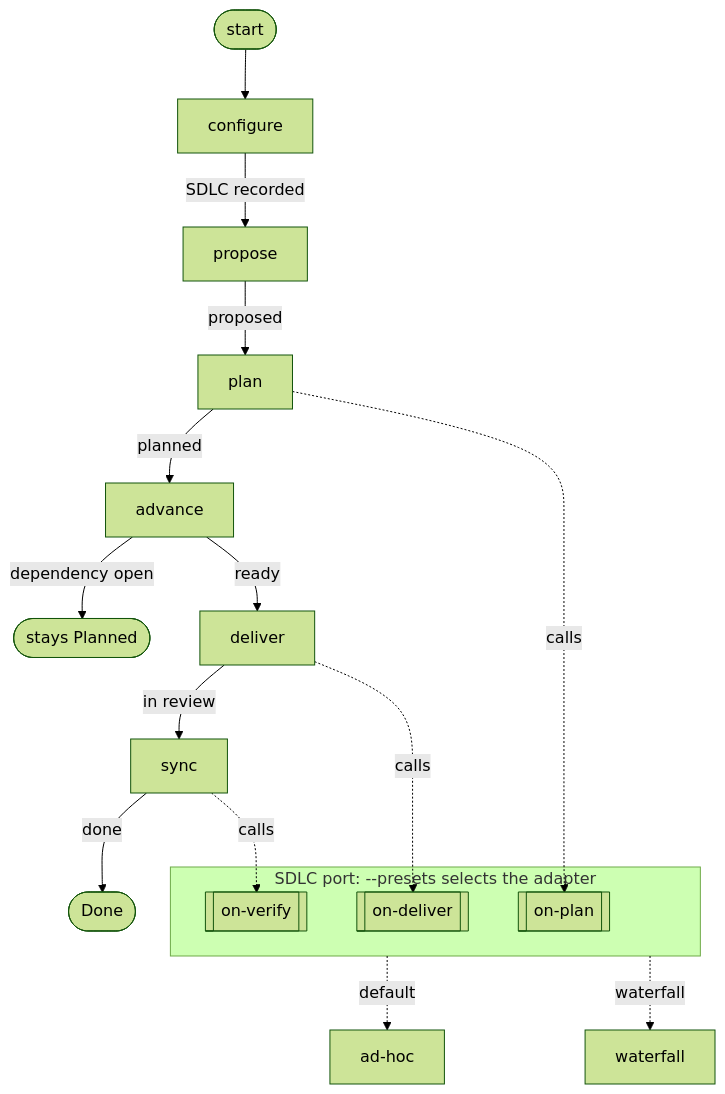
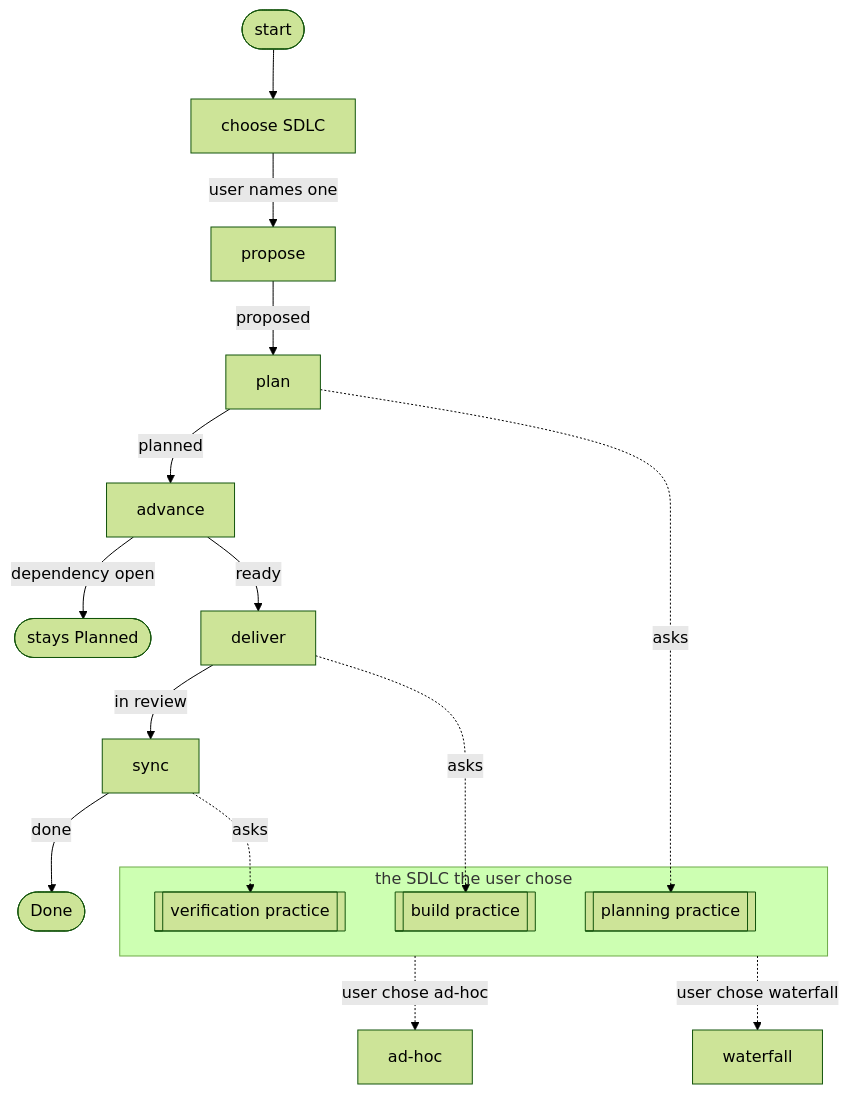
One commit to m2ux/prosiform changed the diagram in example/project-lifecycle/README.md. Above: the diagram before and after it, drawn with Mermaid (forest theme). The commit also changed other lines of this file, not shown here.

Commit message:
Tell the example's lifecycle from the user's side
The README's graph and stages describe the SDLC as the user names it and
the practice each stage takes from it; the binding mechanism stays under
Ports and adapters.

````diff
--- a/example/project-lifecycle/README.md
+++ b/example/project-lifecycle/README.md
@@ -9,21 +9,21 @@
 ```mermaid
 flowchart TD
-  start(["start"]) --> configure["configure"]
-  configure -->|SDLC recorded| propose["propose"]
+  start(["start"]) --> choose["choose SDLC"]
+  choose -->|user names one| propose["propose"]
   propose -->|proposed| plan["plan"]
   plan -->|planned| advance["advance"]
   advance -->|dependency open| held(["stays Planned"])
   advance -->|ready| deliver["deliver"]
   deliver -->|in review| sync["sync"]
   sync -->|done| done(["Done"])
-  plan -.->|calls| onPlan[["on-plan"]]
-  deliver -.->|calls| onDeliver[["on-deliver"]]
-  sync -.->|calls| onVerify[["on-verify"]]
-  subgraph port["SDLC port: --presets selects the adapter"]
-    onPlan
-    onDeliver
-    onVerify
+  plan -.->|asks| planning[["planning practice"]]
+  deliver -.->|asks| building[["build practice"]]
+  sync -.->|asks| verifying[["verification practice"]]
+  subgraph sdlc["the SDLC the user chose"]
+    planning
+    building
+    verifying
   end
-  port -.->|default| adhoc["ad-hoc"]
-  port -.->|waterfall| waterfall["waterfall"]
+  sdlc -.->|user chose ad-hoc| adhoc["ad-hoc"]
+  sdlc -.->|user chose waterfall| waterfall["waterfall"]
 ```
````
